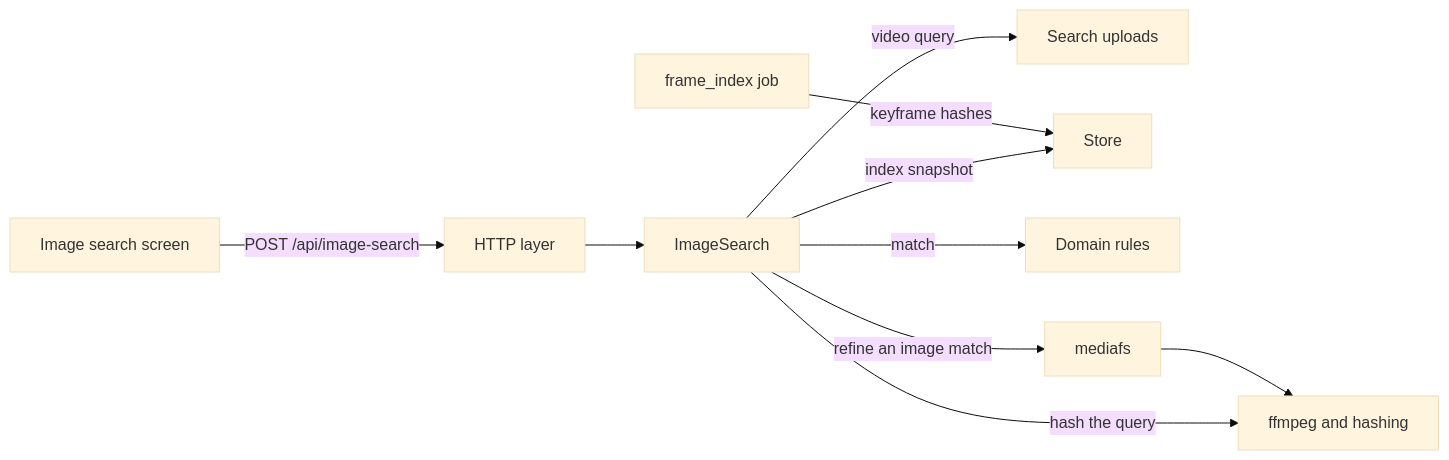
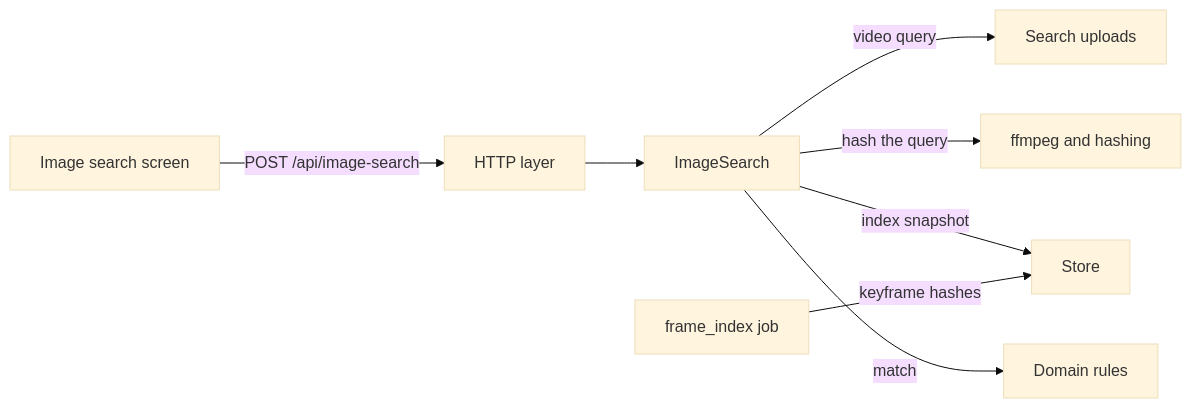
One commit to syudead/vv changed the first of 4 diagrams in docs/design-docs/image-search.md. Above: the diagram before and after it, drawn with Mermaid (base theme). The commit also changed other lines of this file and 20 other files, not shown here.

First line of the commit message:
Remove search-time refinement from image search

````diff
--- a/docs/design-docs/image-search.md
+++ b/docs/design-docs/image-search.md
@@ -11,12 +11,10 @@
 ```mermaid
 flowchart LR
   page[Image search screen] -->|POST /api/image-search| http[HTTP layer]
   http --> search[ImageSearch]
   search -->|video query| uploads[Search uploads]
   search -->|hash the query| media[ffmpeg and hashing]
   search -->|index snapshot| store[Store]
   search -->|match| domain[Domain rules]
-  search -->|refine an image match| mediafs[mediafs]
-  mediafs --> media
   job[frame_index job] -->|keyframe hashes| store
 ```
````
